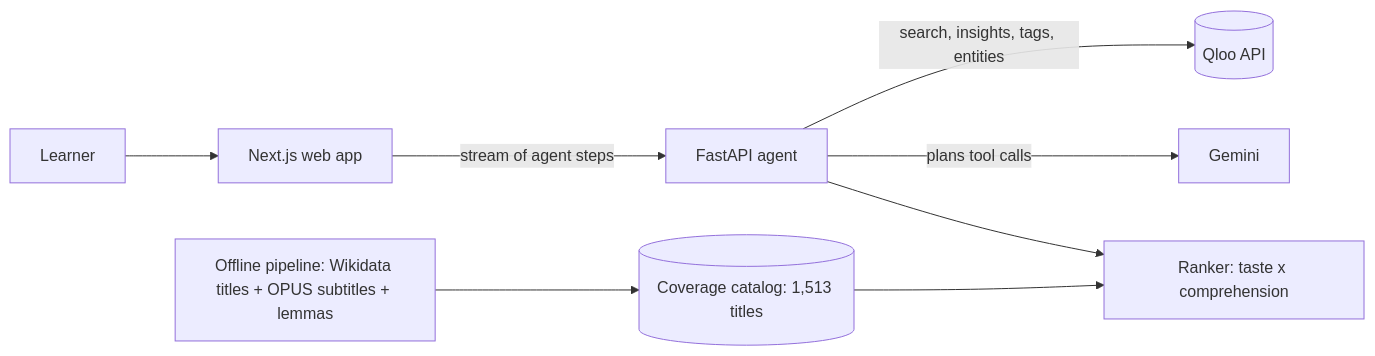
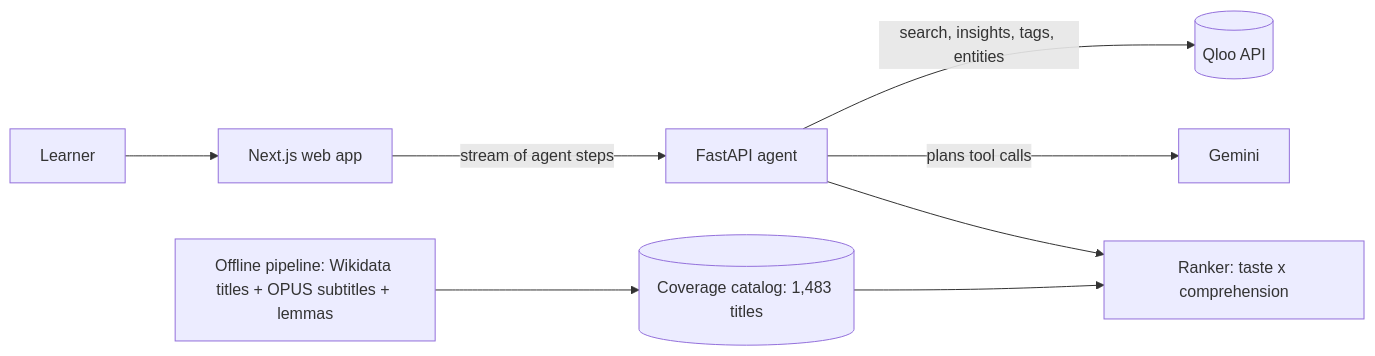
One commit to BriceZemba/comprende changed the diagram in README.md. Above: the diagram before and after it, drawn with Mermaid. The commit also changed other lines of this file and 30 other files, not shown here.

````diff
--- a/README.md
+++ b/README.md
@@ -46,10 +46,10 @@
 ```mermaid
 flowchart LR
   U[Learner] --> W[Next.js web app]
   W -->|stream of agent steps| A[FastAPI agent]
   A -->|search, insights, tags, entities| Q[(Qloo API)]
   A -->|plans tool calls| G[Gemini]
   A --> R[Ranker: taste x comprehension]
-  C[(Coverage catalog: 1,513 titles)] --> R
+  C[(Coverage catalog: 1,483 titles)] --> R
   P[Offline pipeline: Wikidata titles + OPUS subtitles + lemmas] --> C
 ```
````
